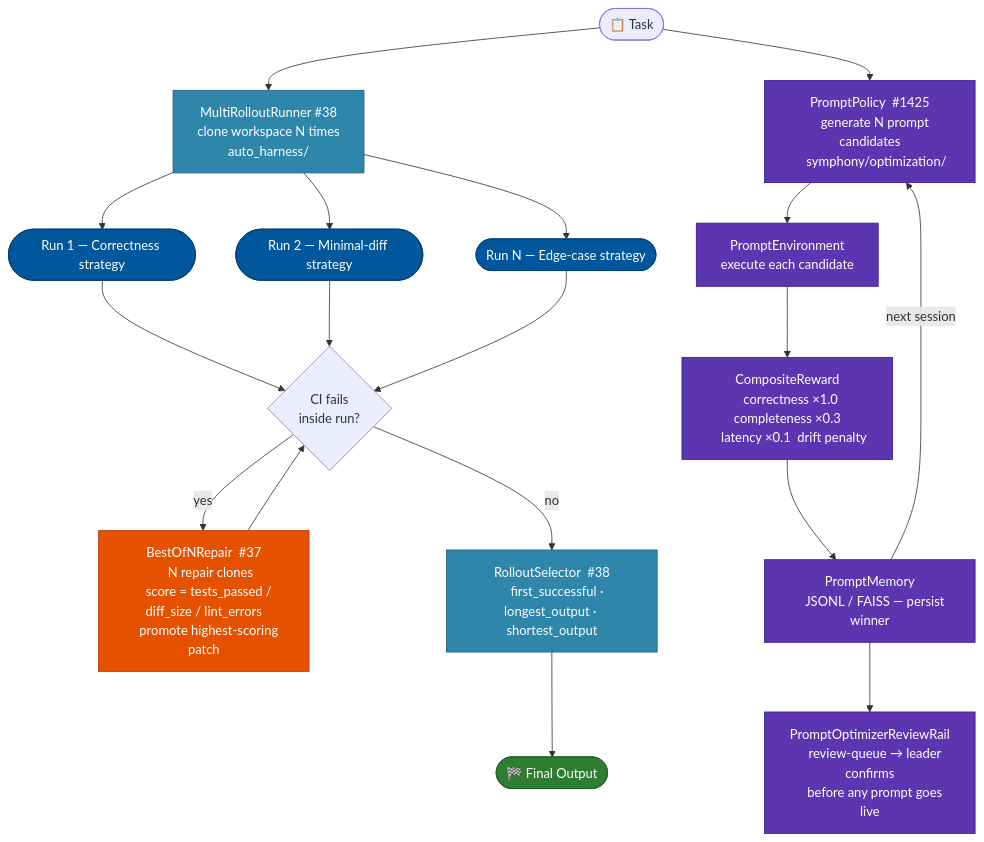
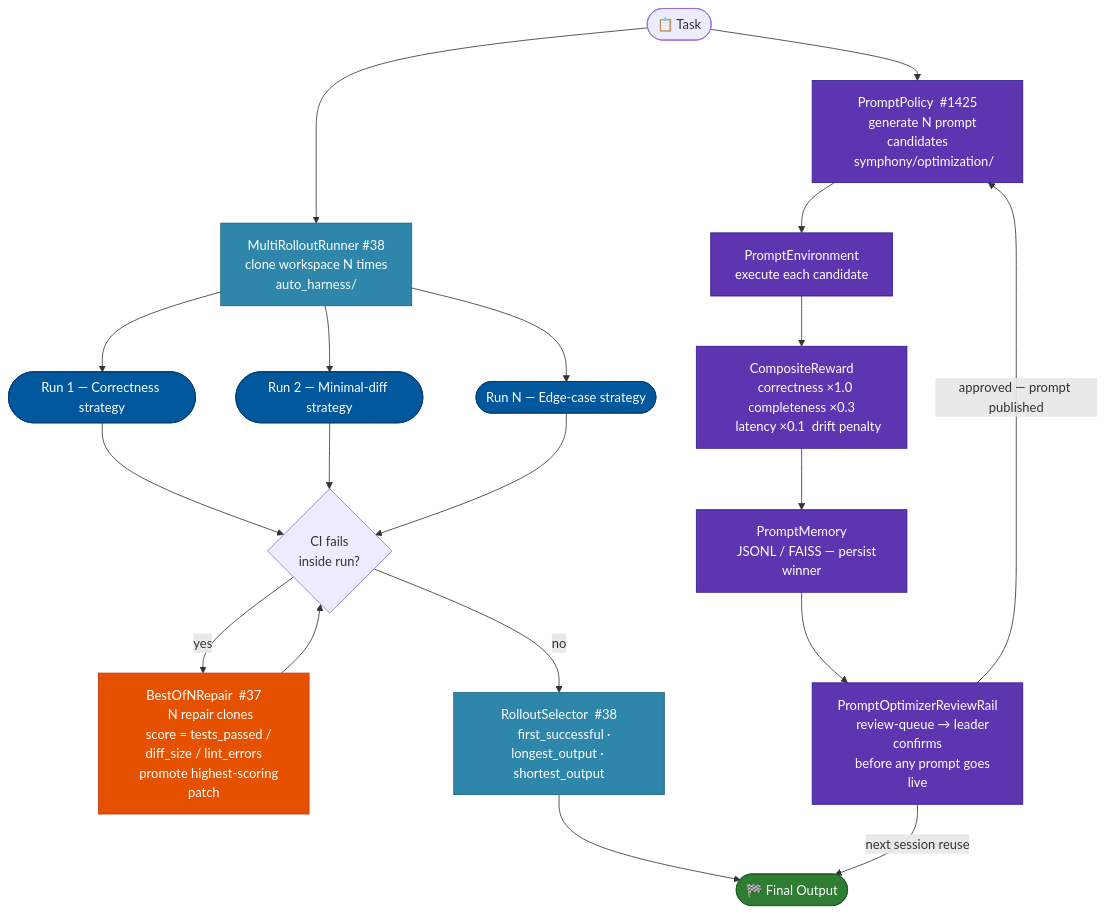
Before and after one commit to michaelatamuk/openjiuwen-jiuwenswarm: the second of 8 diagrams in docs-michael/Implementation.Overview.md, drawn with Mermaid. The commit also changed other lines of this file, not shown here.

````diff
--- a/docs-michael/Implementation.Overview.md
+++ b/docs-michael/Implementation.Overview.md
@@ -176,45 +205,46 @@
 ```mermaid
 flowchart TD
     classDef ac     fill:#2E86AB,color:#fff,stroke:#1a5f7a
     classDef opt    fill:#5E35B1,color:#fff,stroke:#311B92
     classDef run    fill:#01579B,color:#fff,stroke:#003c74
     classDef done   fill:#2E7D32,color:#fff,stroke:#1B5E20
     classDef repair fill:#E65100,color:#fff,stroke:#BF360C
 
     T(["📋 Task"])
 
     T --> MR["MultiRolloutRunner  #38
     clone workspace N times
     auto_harness/"]:::ac
 
     MR --> R1(["Run 1 — Correctness strategy"]):::run
     MR --> R2(["Run 2 — Minimal-diff strategy"]):::run
     MR --> RN(["Run N — Edge-case strategy"]):::run
 
     R1 & R2 & RN --> CI{CI fails\ninside run?}
 
     CI -->|yes| BON["BestOfNRepair  #37
     N repair clones
     score = tests_passed / diff_size / lint_errors
     promote highest-scoring patch"]:::repair
     BON --> CI
 
     CI -->|no| SEL["RolloutSelector  #38
     first_successful · longest_output · shortest_output"]:::ac
     SEL --> OUT(["🏁 Final Output"]):::done
 
     T --> PP["PromptPolicy  #1425
     generate N prompt candidates
     symphony/optimization/"]:::opt
     PP --> PE["PromptEnvironment
     execute each candidate"]:::opt
     PE --> CR["CompositeReward
     correctness ×1.0  completeness ×0.3
     latency ×0.1  drift penalty"]:::opt
     CR --> PM["PromptMemory
     JSONL / FAISS — persist winner"]:::opt
-    PM -->|"next session"| PP
     PM --> RQ["PromptOptimizerReviewRail
     review-queue → leader confirms
     before any prompt goes live"]:::opt
+    RQ -->|"approved — prompt published"| PP
+    RQ -->|"next session reuse"| OUT
 ```
````
